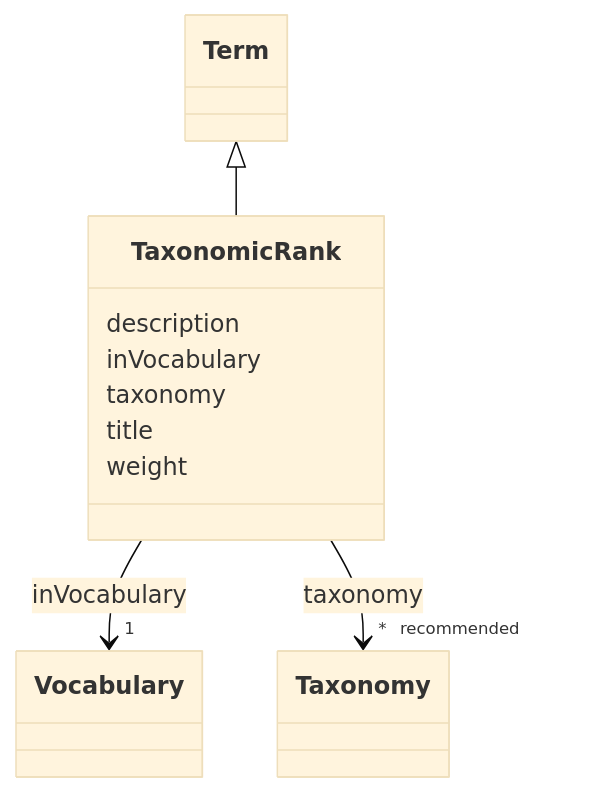
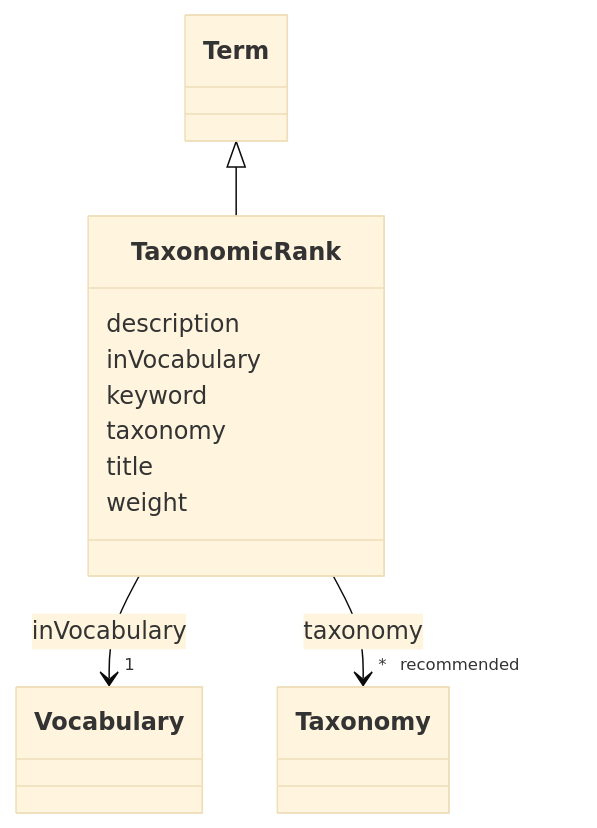
One commit to EVORA-project/evora-ontology changed the diagram in models/docs/TaxonomicRank.md. Above: the diagram before and after it, drawn with Mermaid (base theme). The commit also changed other lines of this file and 402 other files, not shown here.

````diff
--- a/models/docs/TaxonomicRank.md
+++ b/models/docs/TaxonomicRank.md
@@ -19,33 +19,35 @@
 ```mermaid
  classDiagram
     class TaxonomicRank
     click TaxonomicRank href "../TaxonomicRank"
       Term <|-- TaxonomicRank
         click Term href "../Term"
       
       TaxonomicRank : description
         
       TaxonomicRank : inVocabulary
         
           
     
     
     TaxonomicRank --> "1" Vocabulary : inVocabulary
     click Vocabulary href "../Vocabulary"
 
         
+      TaxonomicRank : keyword
+        
       TaxonomicRank : taxonomy
         
           
     
     
     TaxonomicRank --> "* _recommended_" Taxonomy : taxonomy
     click Taxonomy href "../Taxonomy"
 
         
       TaxonomicRank : title
         
       TaxonomicRank : weight
         
       
 ```
````
